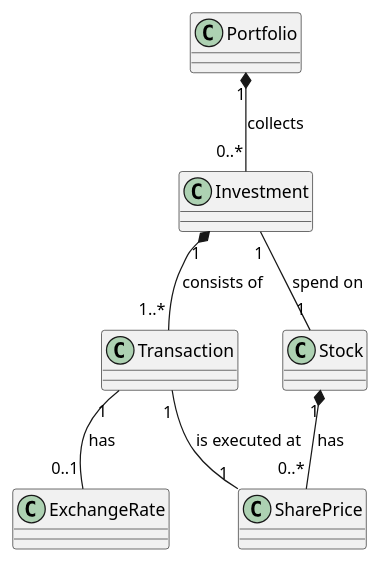
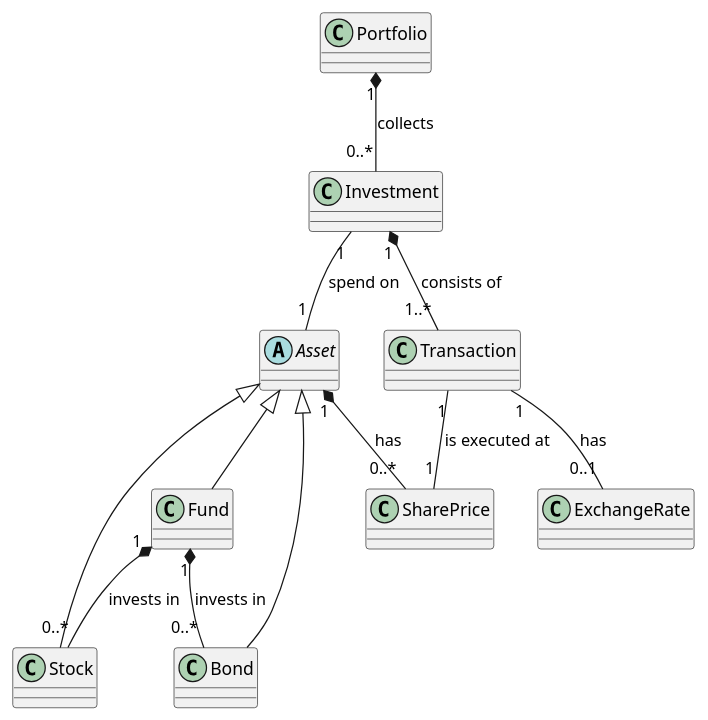
The diagram in docs/data_model.puml (ferraith/django-portfolio), drawn with PlantUML before and after one commit. The commit also changed 1 other file, not shown here.

Commit message:
ferraith#1: Introduced a generic Asset model

```diff
--- a/docs/data_model.puml
+++ b/docs/data_model.puml
@@ -1,13 +1,22 @@
 @startuml
+
+abstract class Asset
 
 Portfolio "1" *-- "0..*" Investment : collects
 
 Investment "1" *-- "1..*" Transaction : consists of
-Investment "1" -- "1" Stock : spend on
+Investment "1" -- "1" Asset : spend on
+
+Asset <|-- Stock
+Asset <|-- Bond
+Asset <|-- Fund
 
 Transaction "1" -- "0..1" ExchangeRate : has
 Transaction "1" -- "1" SharePrice : is executed at
 
-Stock "1" *-- "0..*" SharePrice : has
+Asset "1" *-- "0..*" SharePrice : has
+
+Fund "1" *-- "0..*" Stock : invests in
+Fund "1" *-- "0..*" Bond : invests in
 
 @enduml
```
